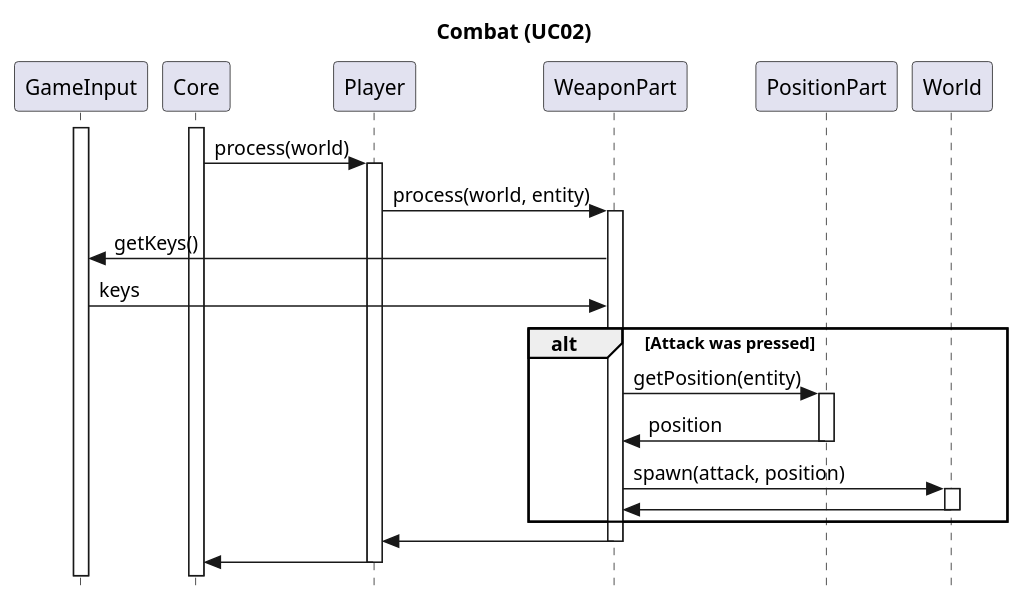
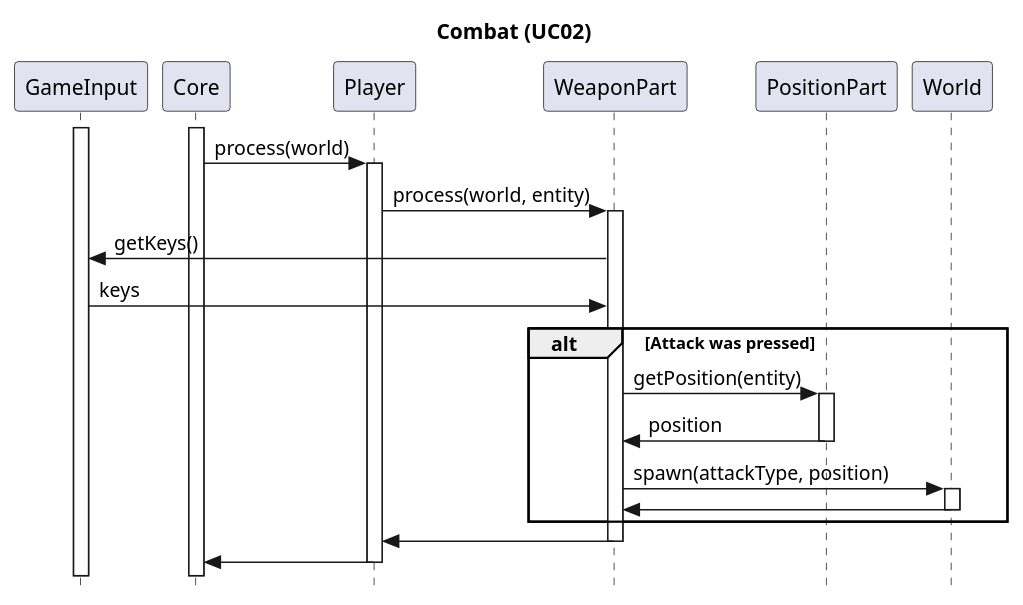
The diagram in docs/diagrams/SequenceDiagrams/Combat.puml (sesem4/Nelda), drawn with PlantUML before and after one commit. The commit also changed 4 other files, not shown here.

```diff
--- a/docs/diagrams/SequenceDiagrams/Combat.puml
+++ b/docs/diagrams/SequenceDiagrams/Combat.puml
@@ -1,31 +1,31 @@
 @startuml Combat
 skinparam style strictuml
 title Combat (UC02)
 
 activate GameInput
 activate Core
 
 Core -> Player: process(world)
 activate Player
 Player -> WeaponPart: process(world, entity)
 activate WeaponPart
 WeaponPart -> GameInput: getKeys()
 GameInput -> WeaponPart: keys
 alt Attack was pressed
 	WeaponPart -> PositionPart:	getPosition(entity)
 	activate PositionPart
 	PositionPart -> WeaponPart: position
 	deactivate PositionPart
 
-	WeaponPart -> World: spawn(attack, position)
+	WeaponPart -> World: spawn(attackType, position)
 	activate World
 	World -> WeaponPart
 	deactivate World
 end
 WeaponPart -> Player
 deactivate WeaponPart
 Player -> Core
 deactivate Player
 
 
 @enduml
```
